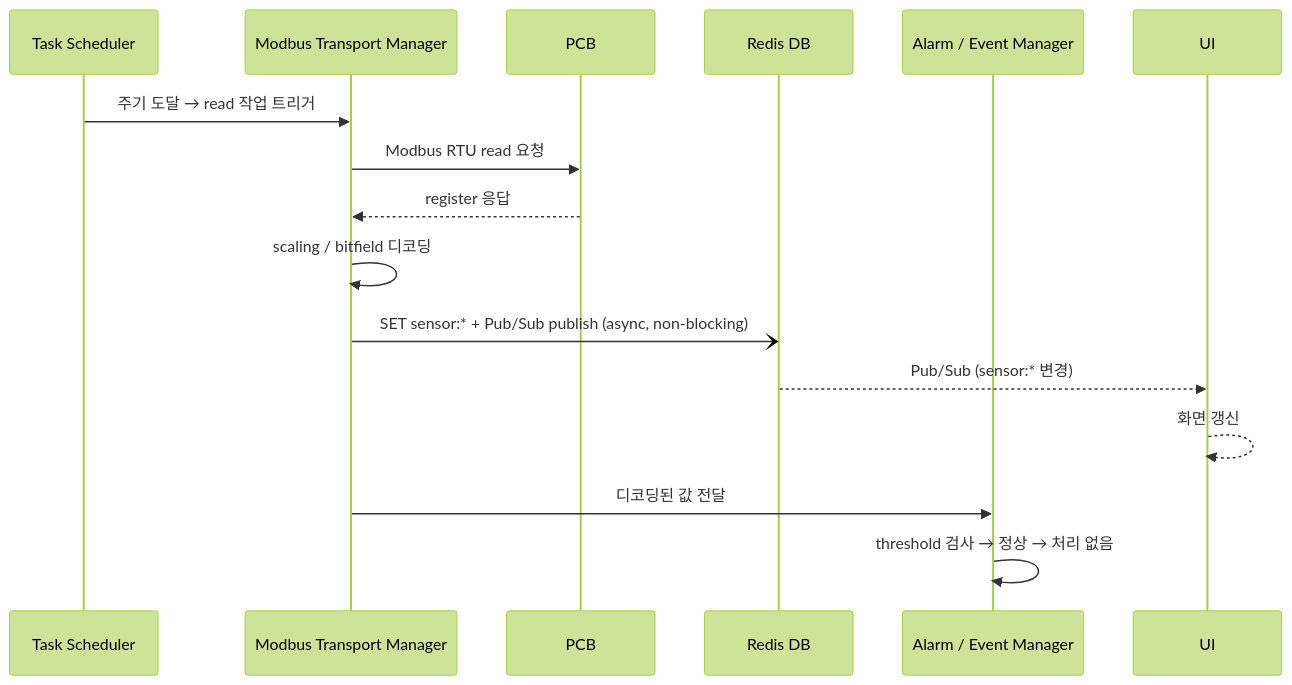
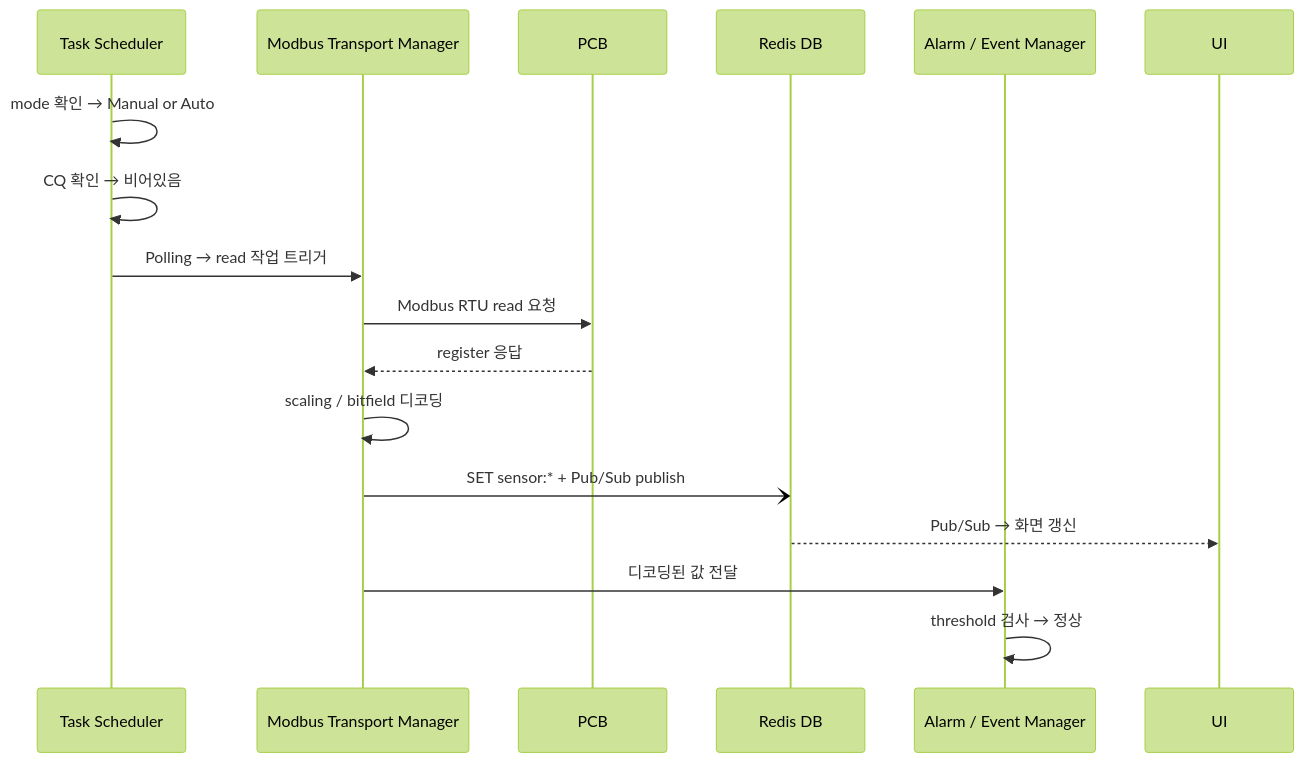
The first of 5 diagrams in docs/MCG.md (DEEPGadget/L2A_CDU_system), drawn with Mermaid (forest theme) before and after one commit. The commit also changed other lines of this file and 3 other files, not shown here.

````diff
--- a/docs/MCG.md
+++ b/docs/MCG.md
@@ -202,18 +210,19 @@
 ```mermaid
 sequenceDiagram
-    participant PS as Task Scheduler
+    participant TS as Task Scheduler
     participant MTM as Modbus Transport Manager
     participant PCB as PCB
     participant Redis as Redis DB
     participant AEM as Alarm / Event Manager
 
-    PS->>MTM: 주기 도달 → read 작업 트리거
+    TS->>TS: mode 확인 → Manual or Auto
+    TS->>TS: CQ 확인 → 비어있음
+    TS->>MTM: Polling → read 작업 트리거
     MTM->>PCB: Modbus RTU read 요청
     PCB-->>MTM: register 응답
     MTM->>MTM: scaling / bitfield 디코딩
-    MTM-)Redis: SET sensor:* + Pub/Sub publish (async, non-blocking)
-    Redis-->>UI: Pub/Sub (sensor:* 변경)
-    UI-->>UI: 화면 갱신
+    MTM-)Redis: SET sensor:* + Pub/Sub publish
+    Redis-->>UI: Pub/Sub → 화면 갱신
     MTM->>AEM: 디코딩된 값 전달
-    AEM->>AEM: threshold 검사 → 정상 → 처리 없음
+    AEM->>AEM: threshold 검사 → 정상
 ```
````
